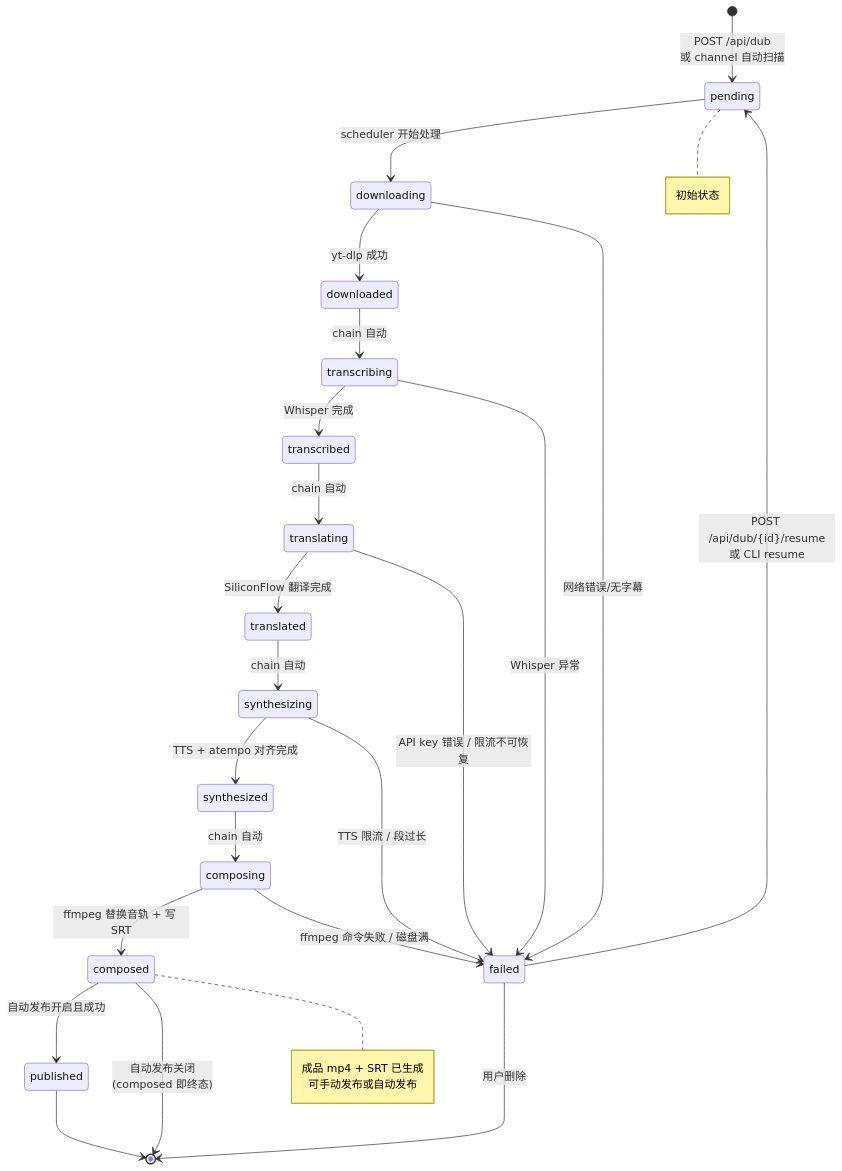
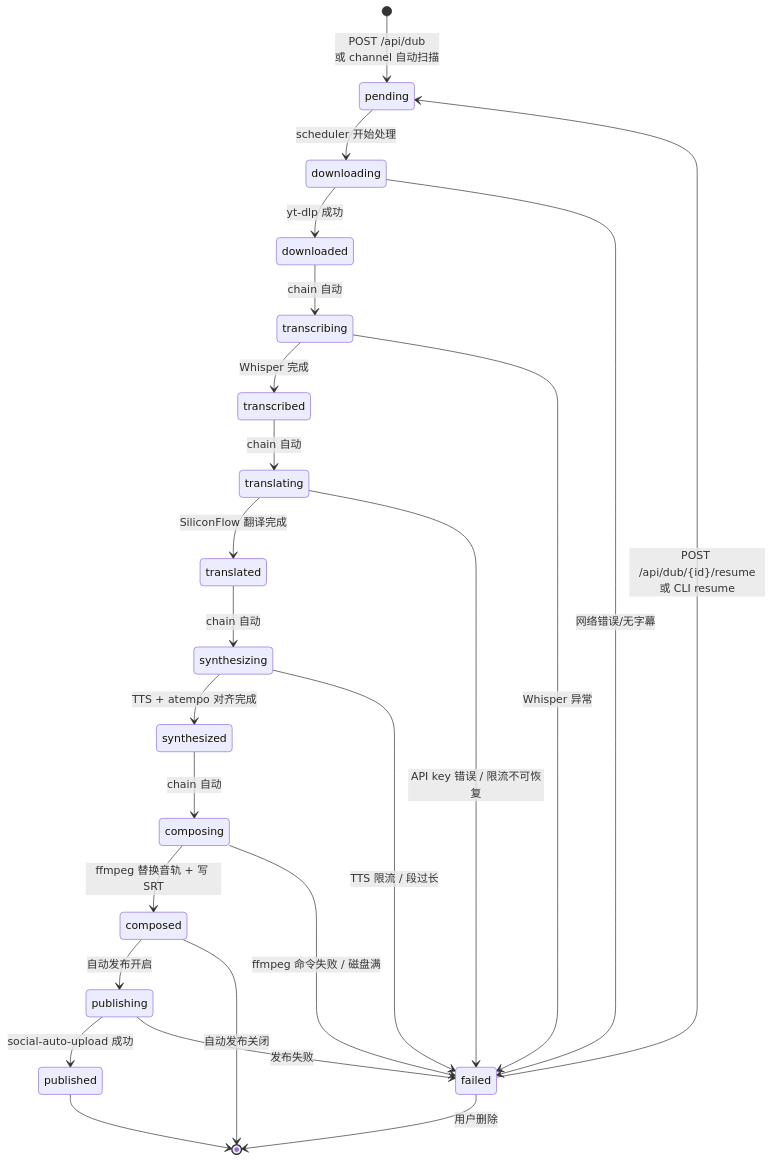
The fourth of 4 diagrams in docs/ARCHITECTURE.md (yaoyue123/VidDub), drawn with Mermaid before and after one commit. The commit also changed other lines of this file and 6 other files, not shown here.

````diff
--- a/docs/ARCHITECTURE.md
+++ b/docs/ARCHITECTURE.md
@@ -229,40 +247,33 @@
 ```mermaid
 stateDiagram-v2
     [*] --> pending: POST /api/dub<br/>或 channel 自动扫描
     pending --> downloading: scheduler 开始处理
     downloading --> downloaded: yt-dlp 成功
     downloading --> failed: 网络错误/无字幕
 
     downloaded --> transcribing: chain 自动
     transcribing --> transcribed: Whisper 完成
     transcribing --> failed: Whisper 异常
 
     transcribed --> translating: chain 自动
     translating --> translated: SiliconFlow 翻译完成
     translating --> failed: API key 错误 / 限流不可恢复
 
     translated --> synthesizing: chain 自动
     synthesizing --> synthesized: TTS + atempo 对齐完成
     synthesizing --> failed: TTS 限流 / 段过长
 
     synthesized --> composing: chain 自动
     composing --> composed: ffmpeg 替换音轨 + 写 SRT
     composing --> failed: ffmpeg 命令失败 / 磁盘满
 
-    composed --> published: 自动发布开启且成功
-    composed --> [*]: 自动发布关闭<br/>(composed 即终态)
+    composed --> publishing: 自动发布开启
+    publishing --> published: social-auto-upload 成功
+    publishing --> failed: 发布失败
 
+    composed --> [*]: 自动发布关闭
     published --> [*]
 
     failed --> pending: POST /api/dub/{id}/resume<br/>或 CLI resume
     failed --> [*]: 用户删除
-
-    note right of pending
-        初始状态
-    end note
-
-    note right of composed
-        成品 mp4 + SRT 已生成
-        可手动发布或自动发布
-    end note
 ```
````
